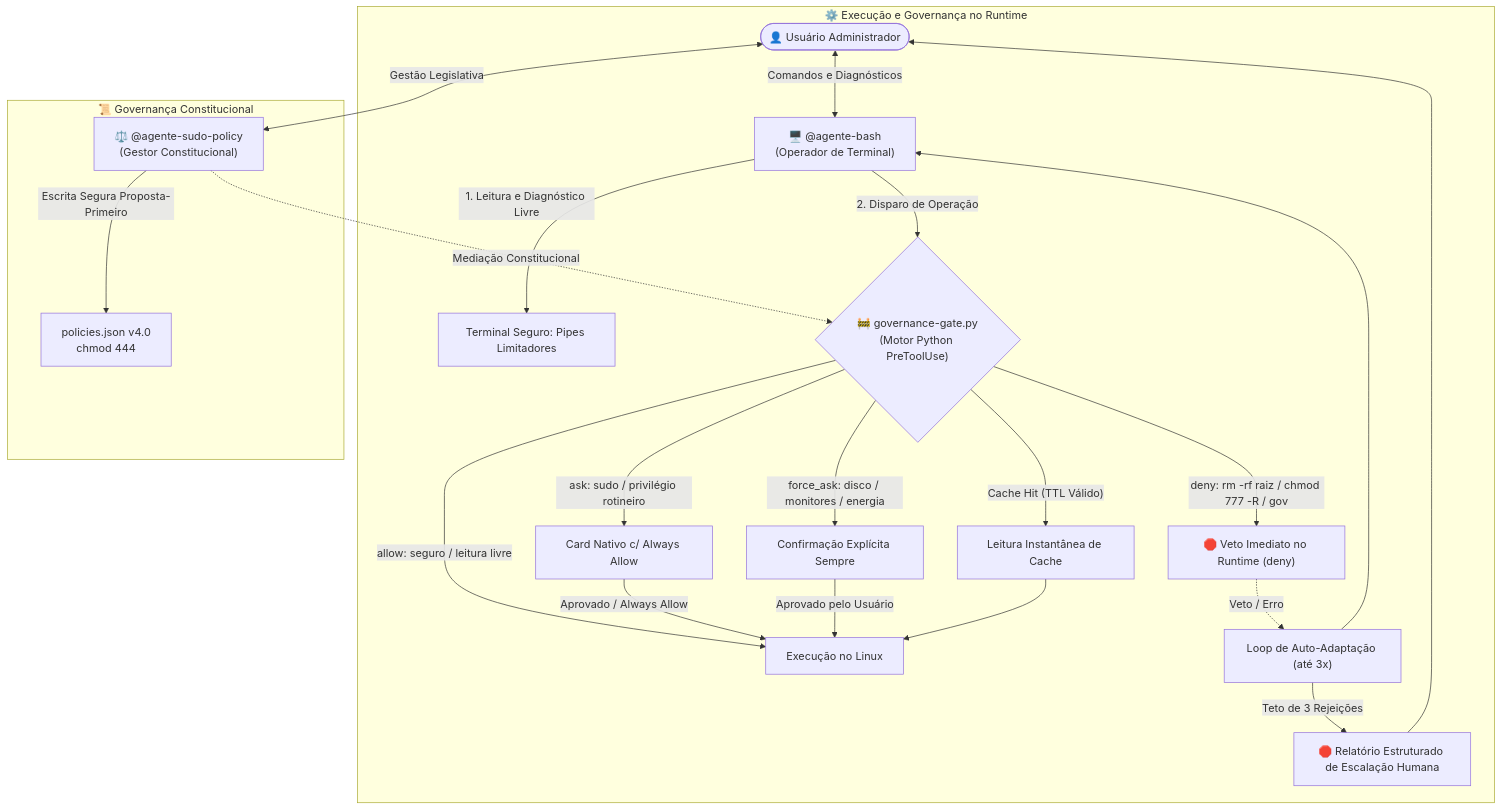
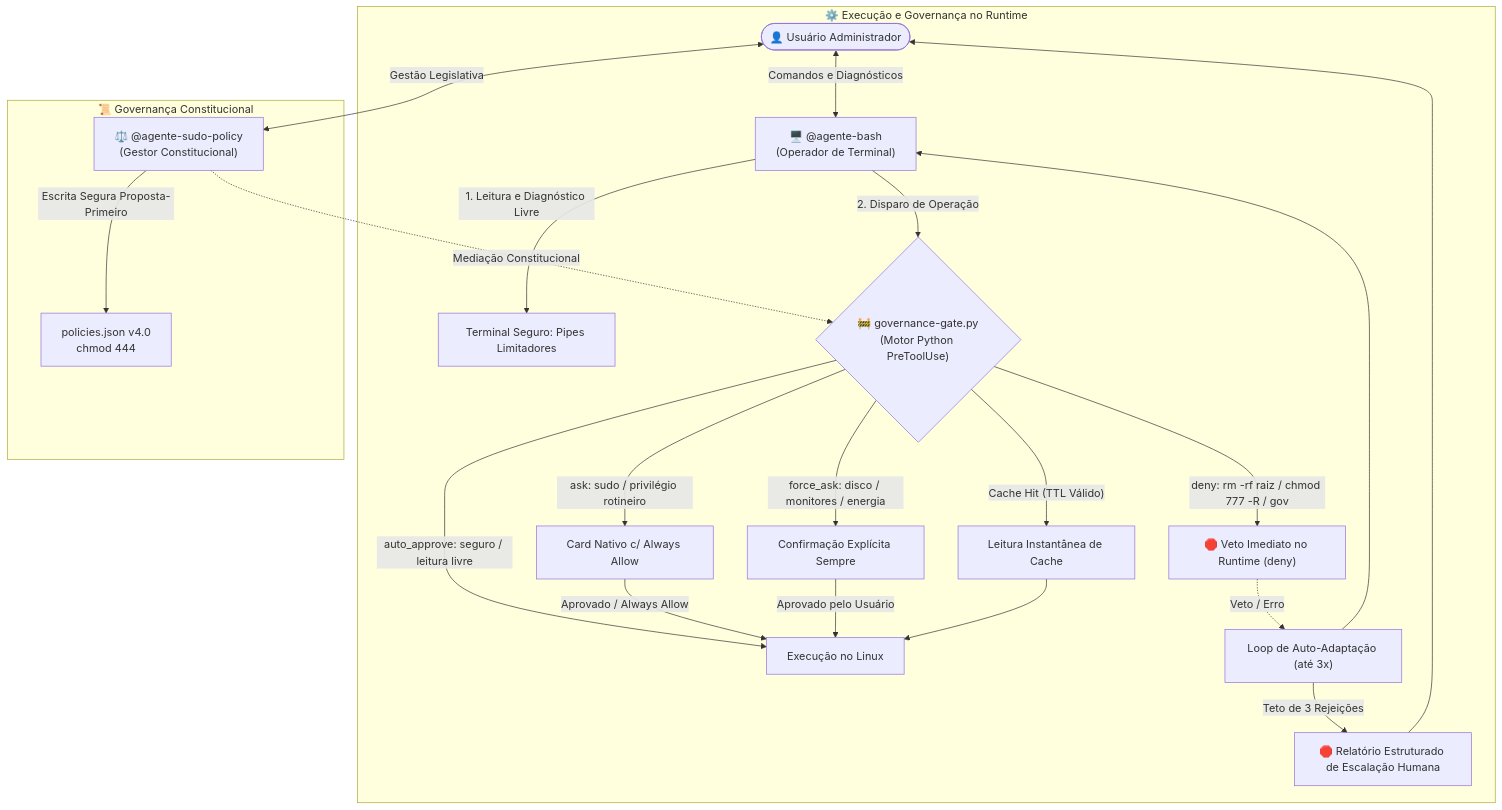
Before and after one commit to nickarab/bash-sudo-agents: the diagram in README.md, drawn with Mermaid. The commit also changed other lines of this file and 8 other files, not shown here.

First line of the commit message:
fix(gate): anti-fadiga real (auto_approve), inline seguro e governança por caminho (v4.5.0)

````diff
--- a/README.md
+++ b/README.md
@@ -73,30 +73,30 @@
 ```mermaid
 flowchart TD
     User(["👤 Usuário Administrador"]) <-->|"Comandos e Diagnósticos"| Bash["🖥️ @agente-bash<br/>(Operador de Terminal)"]
     
     subgraph Governed["⚙️ Execução e Governança no Runtime"]
         Bash -->|"1. Leitura e Diagnóstico Livre"| TermBash["Terminal Seguro: Pipes Limitadores"]
         Bash -->|"2. Disparo de Operação"| Gate{"🚧 governance-gate.py<br/>(Motor Python PreToolUse)"}
         
         Gate -->|"Cache Hit (TTL Válido)"| CacheRead["Leitura Instantânea de Cache"]
-        Gate -->|"allow: seguro / leitura livre"| OSExec["Execução no Linux"]
+        Gate -->|"auto_approve: seguro / leitura livre"| OSExec["Execução no Linux"]
         Gate -->|"ask: sudo / privilégio rotineiro"| AskGrant["Card Nativo c/ Always Allow"]
         Gate -->|"force_ask: disco / monitores / energia"| PromptUser["Confirmação Explícita Sempre"]
         Gate -->|"deny: rm -rf raiz / chmod 777 -R / gov"| HardBlock["🛑 Veto Imediato no Runtime (deny)"]
         
         HardBlock -.->|"Veto / Erro"| LoopAdapt["Loop de Auto-Adaptação (até 3x)"]
         LoopAdapt --> Bash
         LoopAdapt -->|"Teto de 3 Rejeições"| Escalation["🛑 Relatório Estruturado de Escalação Humana"]
         Escalation --> User
         
         AskGrant -->|"Aprovado / Always Allow"| OSExec
         PromptUser -->|"Aprovado pelo Usuário"| OSExec
         CacheRead --> OSExec
     end
     
     subgraph Governance["📜 Governança Constitucional"]
         User <-->|"Gestão Legislativa"| Policy["⚖️ @agente-sudo-policy<br/>(Gestor Constitucional)"]
         Policy -.->|"Mediação Constitucional"| Gate
         Policy -->|"Escrita Segura Proposta-Primeiro"| PoliciesFile["policies.json v4.0<br/>chmod 444"]
     end
 ```
````
